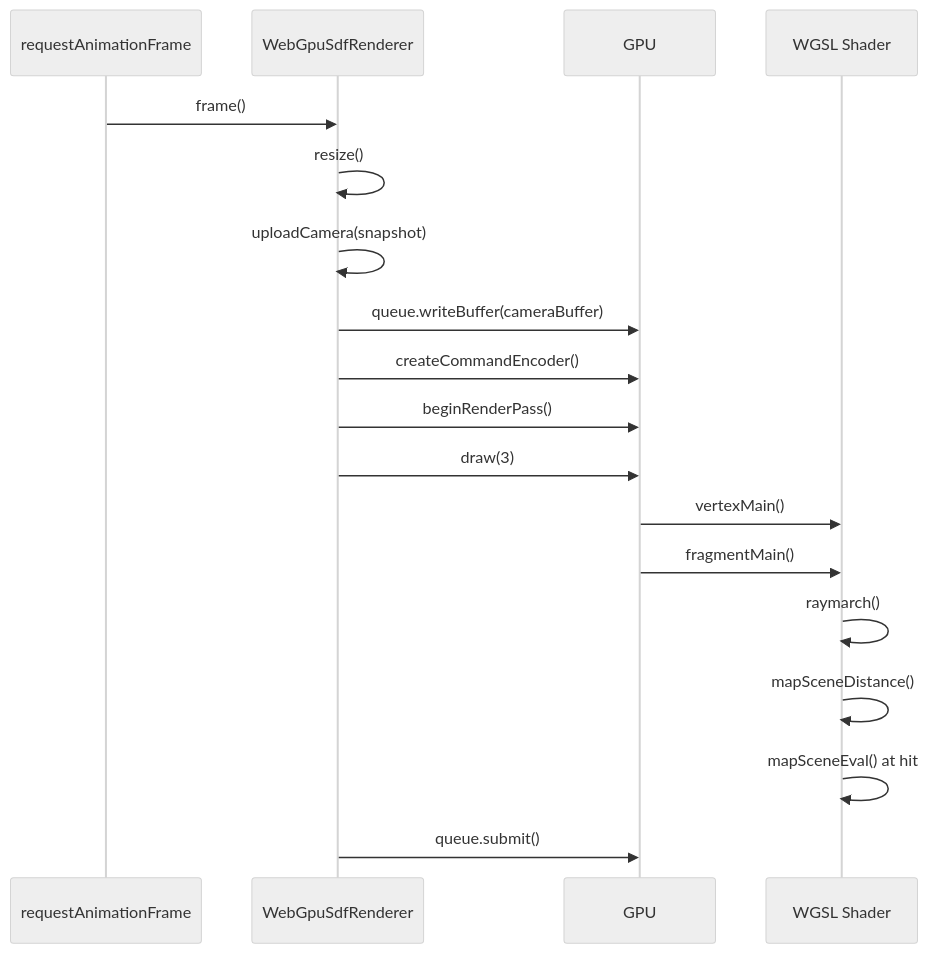
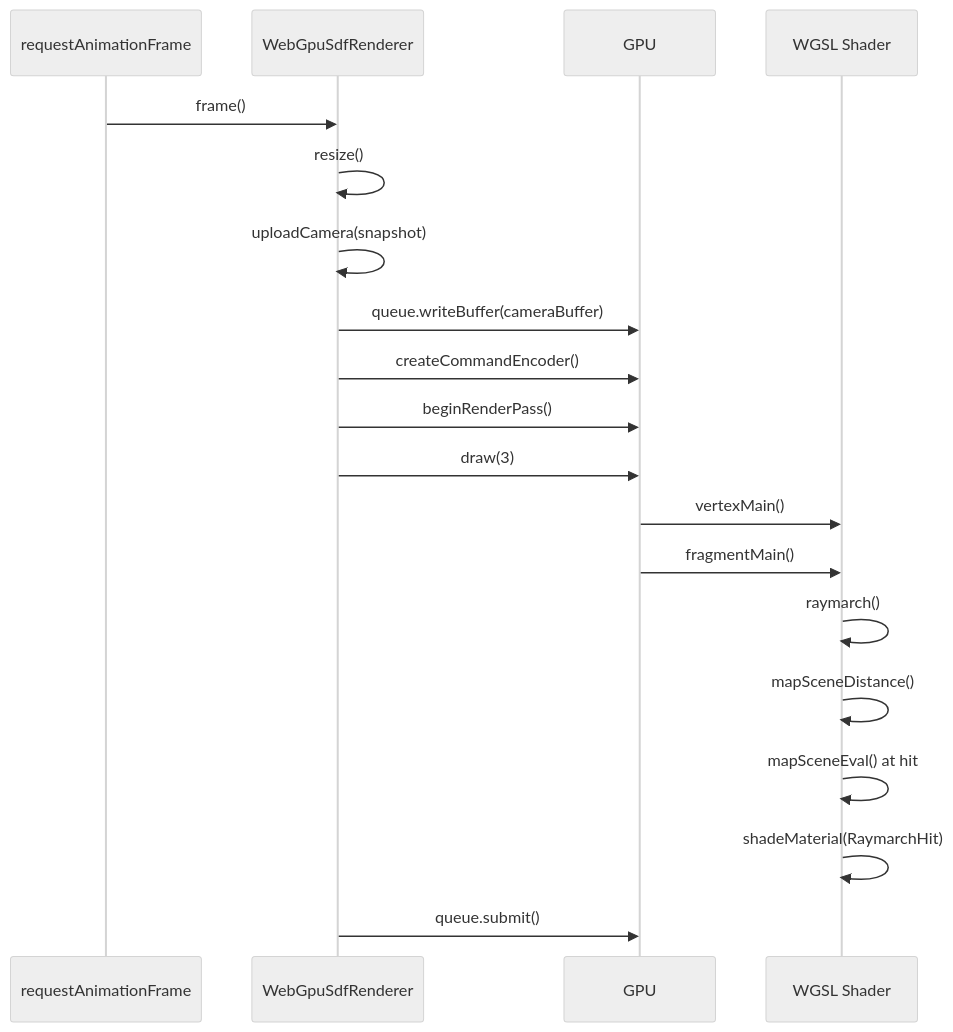
Before and after one commit to wakufactory/NexusGPU: the fourth of 4 diagrams in docs/architecture.md, drawn with Mermaid (neutral theme). The commit also changed other lines of this file and 7 other files, not shown here.

````diff
--- a/docs/architecture.md
+++ b/docs/architecture.md
@@ -725,21 +733,22 @@
 ```mermaid
 sequenceDiagram
   participant RAF as requestAnimationFrame
   participant Renderer as WebGpuSdfRenderer
   participant GPU
   participant Shader as WGSL Shader
 
   RAF->>Renderer: frame()
   Renderer->>Renderer: resize()
   Renderer->>Renderer: uploadCamera(snapshot)
   Renderer->>GPU: queue.writeBuffer(cameraBuffer)
   Renderer->>GPU: createCommandEncoder()
   Renderer->>GPU: beginRenderPass()
   Renderer->>GPU: draw(3)
   GPU->>Shader: vertexMain()
   GPU->>Shader: fragmentMain()
   Shader->>Shader: raymarch()
   Shader->>Shader: mapSceneDistance()
   Shader->>Shader: mapSceneEval() at hit
+  Shader->>Shader: shadeMaterial(RaymarchHit)
   Renderer->>GPU: queue.submit()
 ```
````
